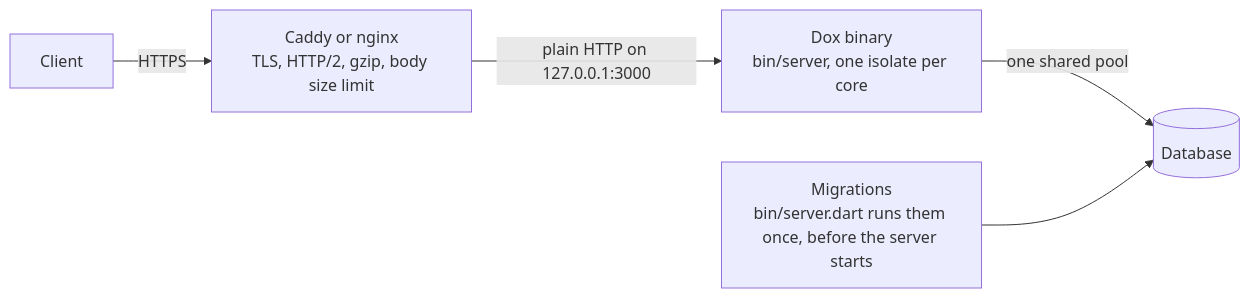
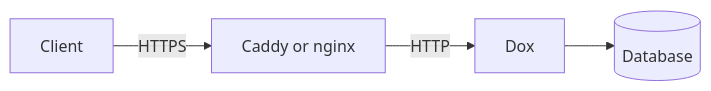
The diagram in docs/digging-deeper/deployment.md (dartondox/dox), drawn with Mermaid before and after one commit. The commit also changed other lines of this file and 112 other files, not shown here.

````diff
--- a/docs/digging-deeper/deployment.md
+++ b/docs/digging-deeper/deployment.md
@@ -160,7 +155,6 @@
 ```mermaid
 flowchart LR
-    C["Client"] -->|HTTPS| X["Caddy or nginx<br>TLS, HTTP/2, gzip, body size limit"]
-    X -->|"plain HTTP on 127.0.0.1:3000"| D["Dox binary<br>bin/server, one isolate per core"]
-    D -->|"one shared pool"| DB[("Database")]
-    M["Migrations<br>bin/server.dart runs them once, before the server starts"] --> DB
+    C["Client"] -->|HTTPS| X["Caddy or nginx"]
+    X -->|HTTP| D["Dox"]
+    D --> DB[("Database")]
 ```
````
